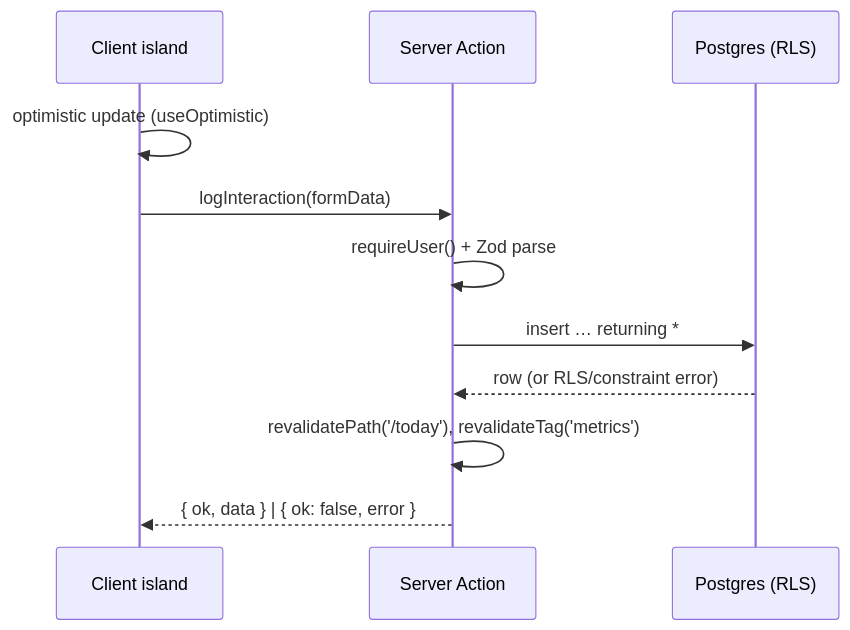
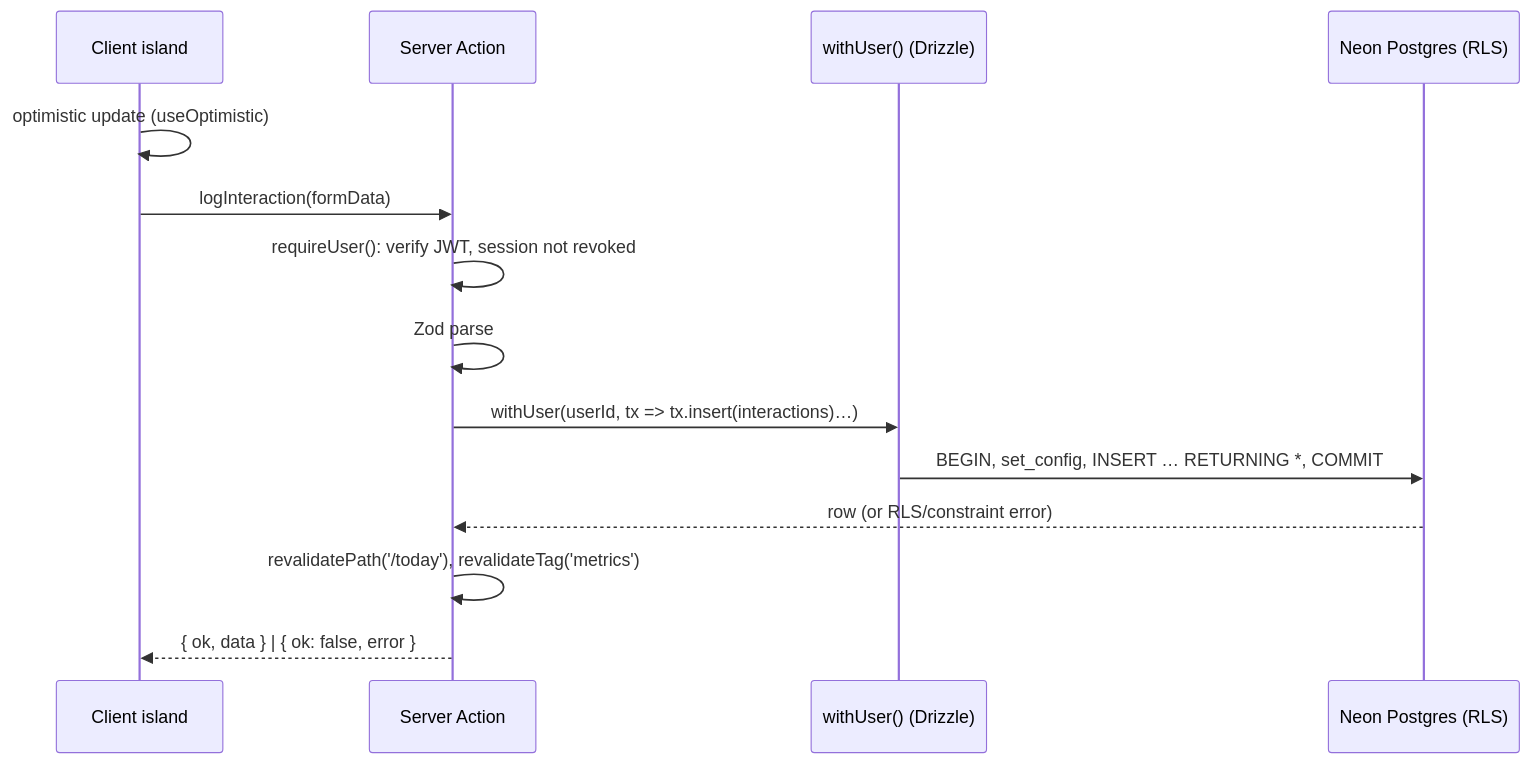
One commit to farhancc/tracking changed the second of 4 diagrams in docs/05-component-architecture.md. Above: the diagram before and after it, drawn with Mermaid. The commit also changed other lines of this file and 9 other files, not shown here.

First line of the commit message:
Switch architecture to Neon Postgres and self-issued JWT auth

````diff
--- a/docs/05-component-architecture.md
+++ b/docs/05-component-architecture.md
@@ -37,13 +59,16 @@
 ```mermaid
 sequenceDiagram
   participant C as Client island
   participant SA as Server Action
-  participant DB as Postgres (RLS)
+  participant DAL as withUser() (Drizzle)
+  participant DB as Neon Postgres (RLS)
   C->>C: optimistic update (useOptimistic)
   C->>SA: logInteraction(formData)
-  SA->>SA: requireUser() + Zod parse
-  SA->>DB: insert … returning *
+  SA->>SA: requireUser(): verify JWT, session not revoked
+  SA->>SA: Zod parse
+  SA->>DAL: withUser(userId, tx => tx.insert(interactions)…)
+  DAL->>DB: BEGIN, set_config, INSERT … RETURNING *, COMMIT
   DB-->>SA: row (or RLS/constraint error)
   SA->>SA: revalidatePath('/today'), revalidateTag('metrics')
   SA-->>C: { ok, data } | { ok: false, error }
 ```
````
